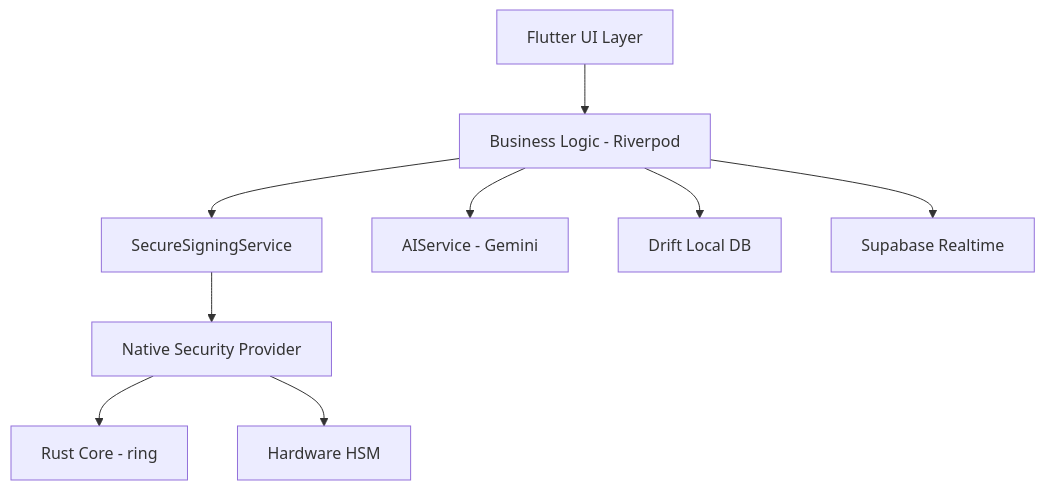
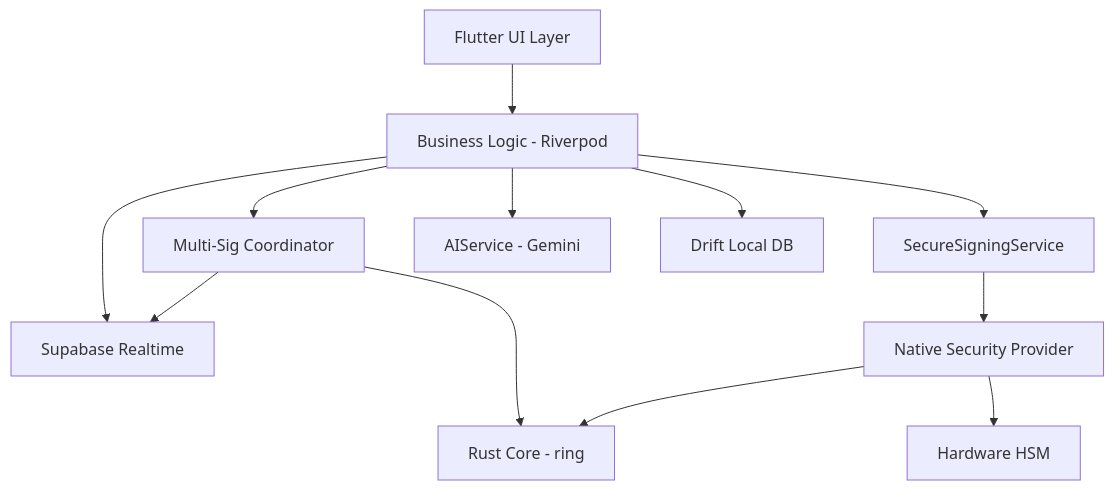
Before and after one commit to devmilang99/NeRuWallet: the third of 3 diagrams in README.md, drawn with Mermaid. The commit also changed other lines of this file and 26 other files, not shown here.

````diff
--- a/README.md
+++ b/README.md
@@ -148,11 +194,15 @@
 ```mermaid
 graph TD
     UI[Flutter UI Layer] --> BL[Business Logic - Riverpod]
     BL --> SS[SecureSigningService]
+    BL --> MS[Multi-Sig Coordinator]
     BL --> AS[AIService - Gemini]
+    MS --> SB[Supabase Realtime]
     SS --> NS[Native Security Provider]
     NS --> RS[Rust Core - ring]
     NS --> HSM[Hardware HSM]
     BL --> DB[Drift Local DB]
-    BL --> SB[Supabase Realtime]
+    BL --> SB
+    MS --> RS
+
 ```
````
